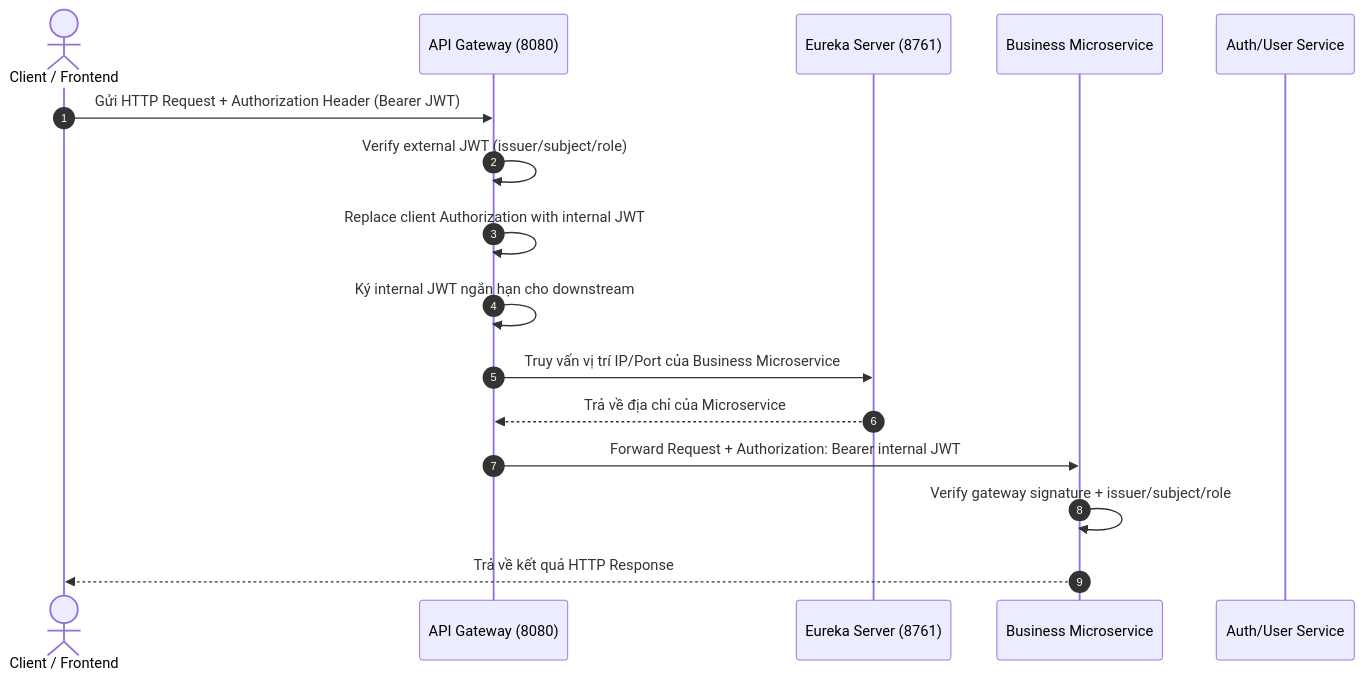
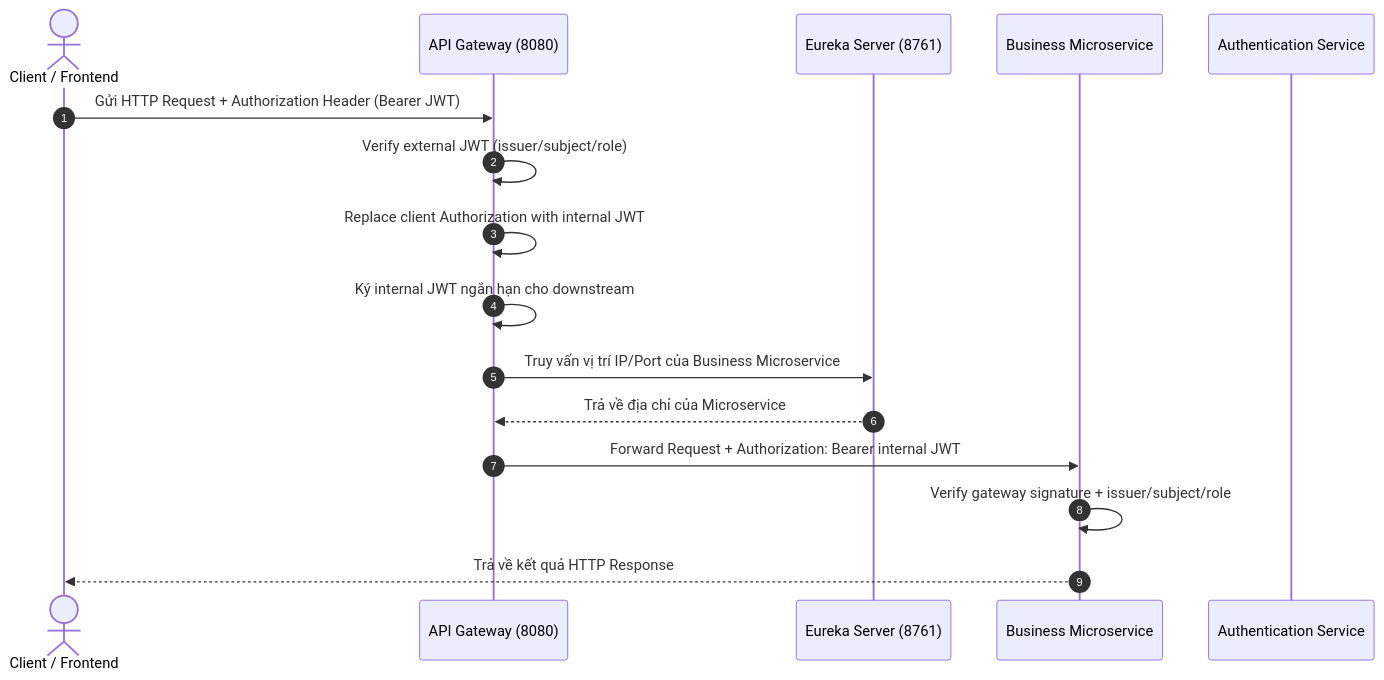
One commit to IeltsPath-Platform/backend changed the diagram in README.md. Above: the diagram before and after it, drawn with Mermaid. The commit also changed other lines of this file and 4 other files, not shown here.

````diff
--- a/README.md
+++ b/README.md
@@ -50,19 +49,19 @@
 ```mermaid
 sequenceDiagram
     autonumber
     actor Client as Client / Frontend
     participant Gateway as API Gateway (8080)
     participant Eureka as Eureka Server (8761)
     participant Service as Business Microservice
-    participant Auth as Auth/User Service
+    participant Auth as Authentication Service
 
     Client->>Gateway: Gửi HTTP Request + Authorization Header (Bearer JWT)
     Gateway->>Gateway: Verify external JWT (issuer/subject/role)
     Gateway->>Gateway: Replace client Authorization with internal JWT
     Gateway->>Gateway: Ký internal JWT ngắn hạn cho downstream
     Gateway->>Eureka: Truy vấn vị trí IP/Port của Business Microservice
     Eureka-->>Gateway: Trả về địa chỉ của Microservice
     Gateway->>Service: Forward Request + Authorization: Bearer internal JWT
     Service->>Service: Verify gateway signature + issuer/subject/role
     Service-->>Client: Trả về kết quả HTTP Response
 ```
````
